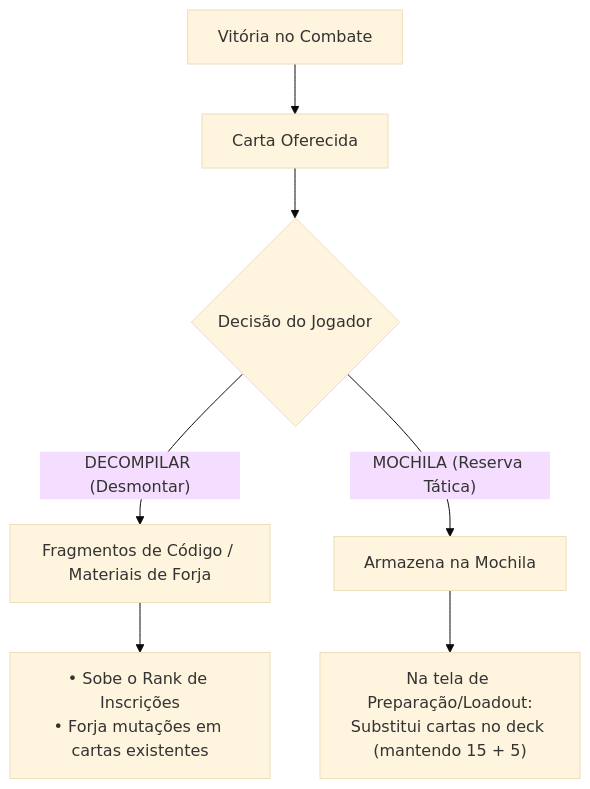
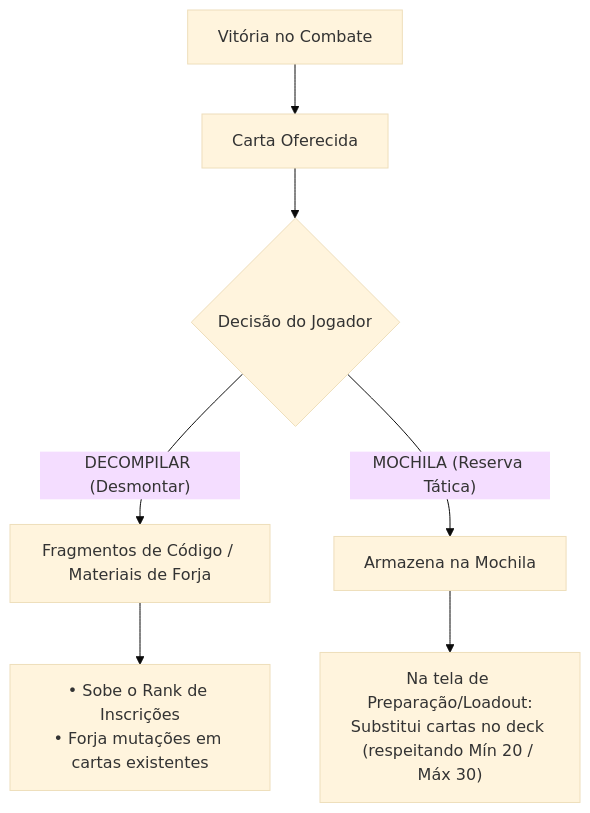
The fourth of 4 diagrams in docs/design/DIRECIONAMENTO_HEROSCRIPT.md (GuiMayer/HeroScript), drawn with Mermaid (base theme) before and after one commit. The commit also changed other lines of this file and 1 other file, not shown here.

Commit message:
docs(design): update deck limits to min 20 max 30 and formalize corrupted rule-mutation inscriptions with drawbacks

````diff
--- a/docs/design/DIRECIONAMENTO_HEROSCRIPT.md
+++ b/docs/design/DIRECIONAMENTO_HEROSCRIPT.md
@@ -187,11 +203,11 @@
 ```mermaid
 flowchart TD
     Vitoria["Vitória no Combate"] --> Drop["Carta Oferecida"]
     Drop --> Decisao{"Decisão do Jogador"}
     
     Decisao -->|"DECOMPILAR (Desmontar)"| Recurso["Fragmentos de Código / Materiais de Forja"]
     Recurso --> Upgrades["• Sobe o Rank de Inscrições<br/>• Forja mutações em cartas existentes"]
     
     Decisao -->|"MOCHILA (Reserva Tática)"| Mochila["Armazena na Mochila"]
-    Mochila --> Sideboard["Na tela de Preparação/Loadout:<br/>Substitui cartas no deck (mantendo 15 + 5)"]
+    Mochila --> Sideboard["Na tela de Preparação/Loadout:<br/>Substitui cartas no deck (respeitando Mín 20 / Máx 30)"]
 ```
````
